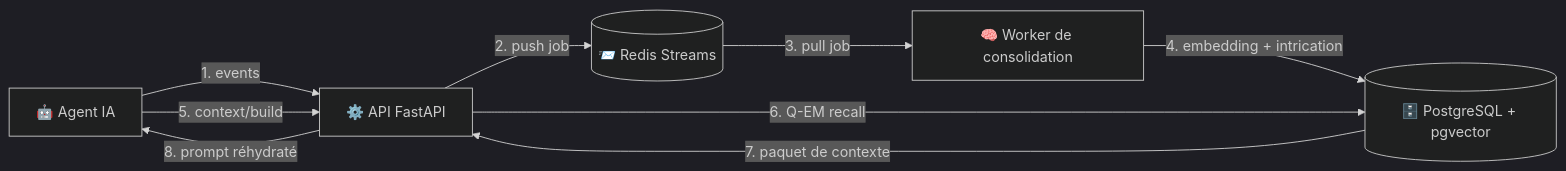
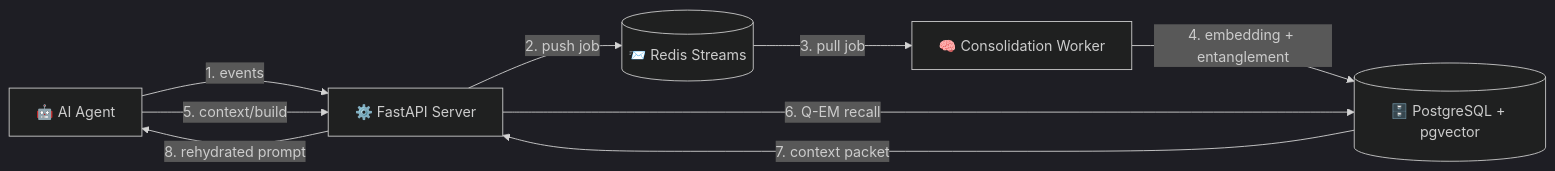
One commit to Jimmyjoe13/synaptiq changed the diagram in README.md. Above: the diagram before and after it, drawn with Mermaid (dark theme). The commit also changed other lines of this file and 1 other file, not shown here.

````diff
--- a/README.md
+++ b/README.md
@@ -124,11 +122,11 @@
 ```mermaid
 graph LR
-    A[🤖 Agent IA] -->|1. events| API[⚙️ API FastAPI]
+    A[🤖 AI Agent] -->|1. events| API[⚙️ FastAPI Server]
     API -->|2. push job| R[(📨 Redis Streams)]
-    R -->|3. pull job| W[🧠 Worker de consolidation]
-    W -->|4. embedding + intrication| DB[(🗄️ PostgreSQL + pgvector)]
+    R -->|3. pull job| W[🧠 Consolidation Worker]
+    W -->|4. embedding + entanglement| DB[(🗄️ PostgreSQL + pgvector)]
     A -->|5. context/build| API
     API -->|6. Q-EM recall| DB
-    DB -->|7. paquet de contexte| API
-    API -->|8. prompt réhydraté| A
+    DB -->|7. context packet| API
+    API -->|8. rehydrated prompt| A
 ```
````
